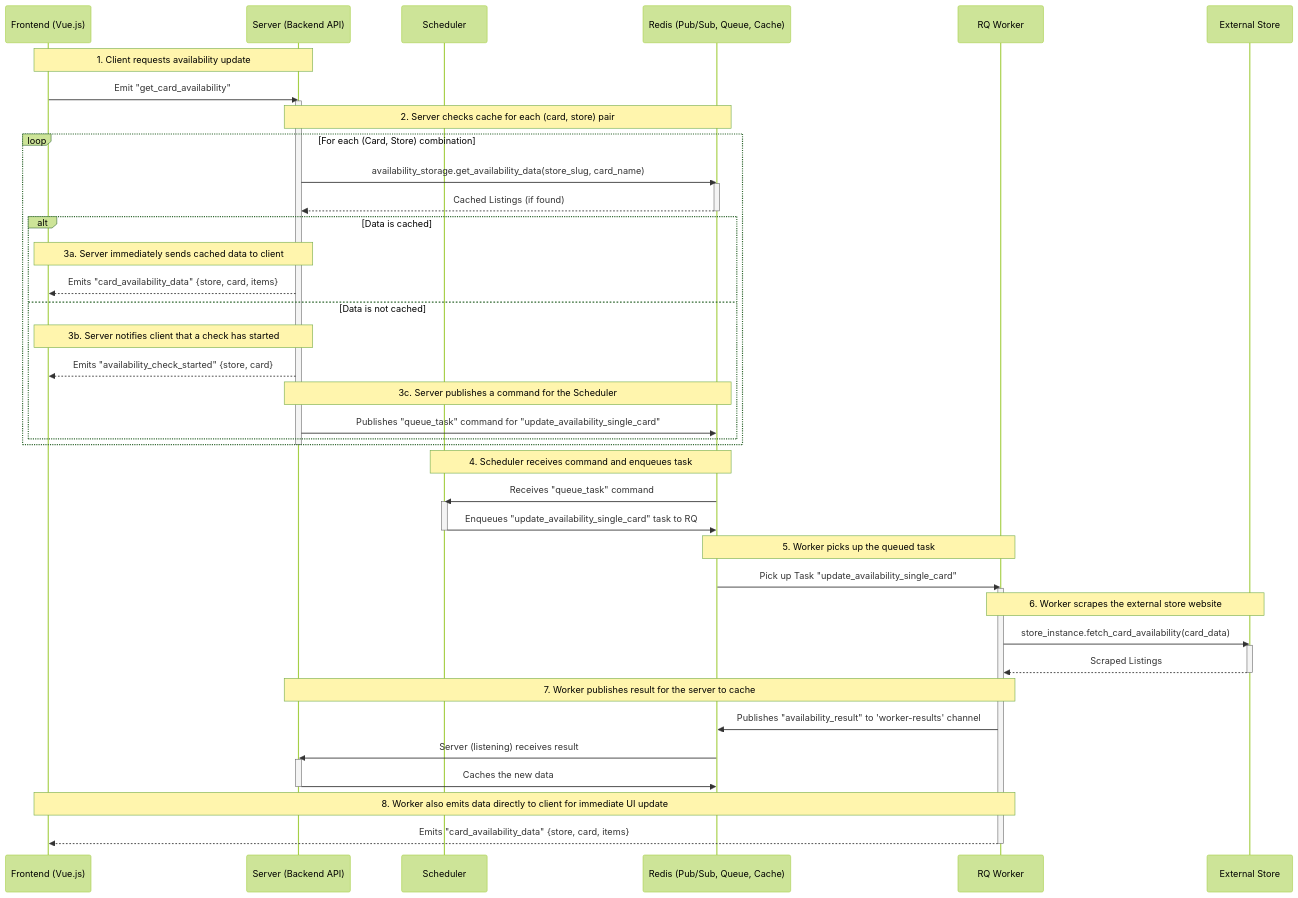
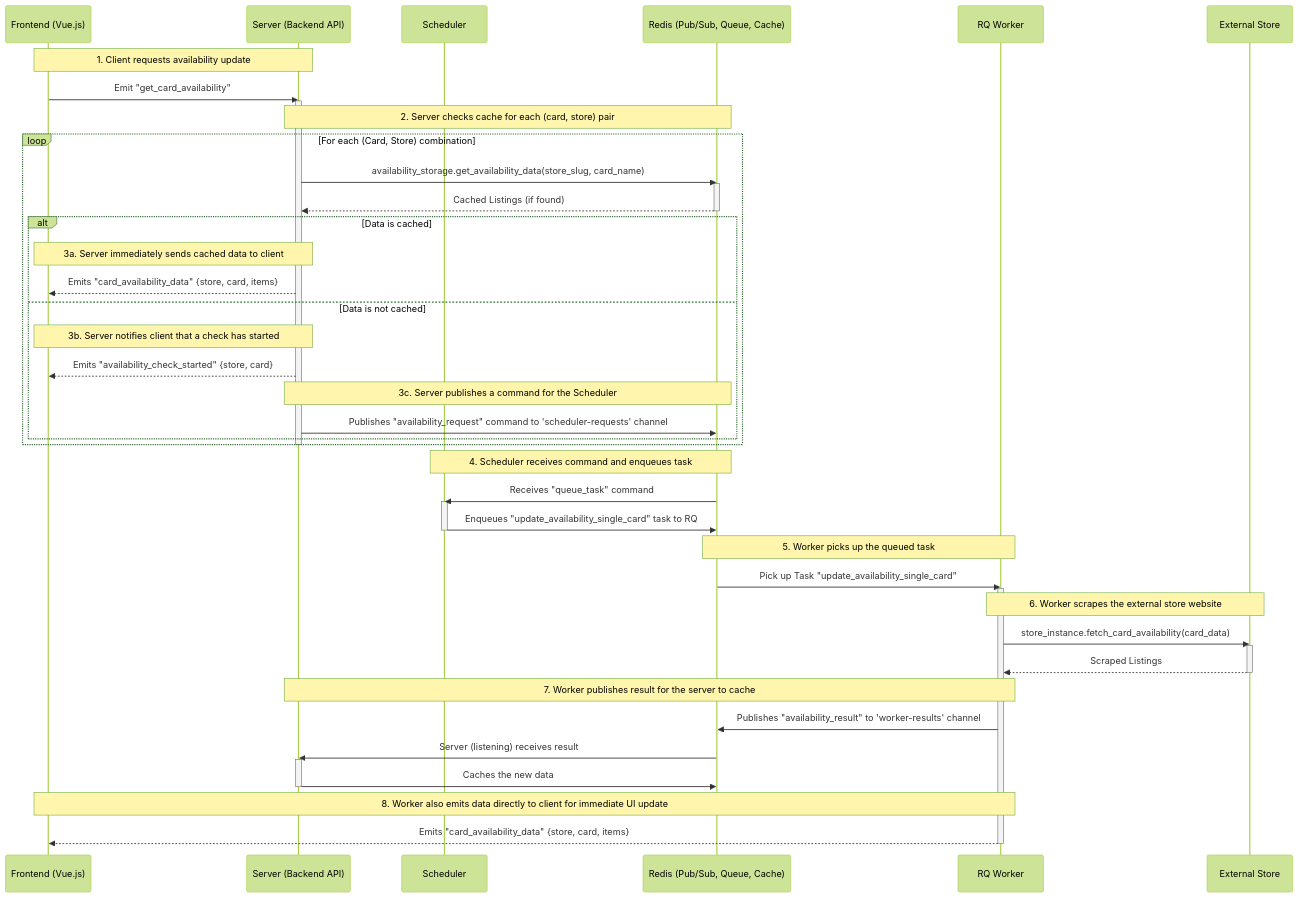
The fourth of 10 diagrams in docs/docs.md (smileyface/LGS-Stock-Checker), drawn with Mermaid (forest theme) before and after one commit.

````diff
--- a/docs/docs.md
+++ b/docs/docs.md
@@ -147,59 +147,59 @@
 ```mermaid
 sequenceDiagram
     participant Client as Frontend (Vue.js)
     participant Server as Server (Backend API)
     participant Scheduler
     participant Redis as Redis (Pub/Sub, Queue, Cache)
     participant Worker as RQ Worker
     participant ExternalStore as External Store
 
     Note over Client, Server: 1. Client requests availability update
     Client->>Server: Emit "get_card_availability"
     activate Server
 
     Note over Server, Redis: 2. Server checks cache for each (card, store) pair
     loop For each (Card, Store) combination
         Server->>Redis: availability_storage.get_availability_data(store_slug, card_name)
         activate Redis
         Redis-->>Server: Cached Listings (if found)
         deactivate Redis
 
         alt Data is cached
             Note over Server, Client: 3a. Server immediately sends cached data to client
             Server-->>Client: Emits "card_availability_data" {store, card, items}
         else Data is not cached
             Note over Server, Client: 3b. Server notifies client that a check has started
             Server-->>Client: Emits "availability_check_started" {store, card}
             Note over Server, Redis: 3c. Server publishes a command for the Scheduler
-            Server->>Redis: Publishes "queue_task" command for "update_availability_single_card"
+            Server->>Redis: Publishes "availability_request" command to 'scheduler-requests' channel
         end
     end
     deactivate Server
 
     Note over Redis, Scheduler: 4. Scheduler receives command and enqueues task
     Redis->>Scheduler: Receives "queue_task" command
     activate Scheduler
     Scheduler->>Redis: Enqueues "update_availability_single_card" task to RQ
     deactivate Scheduler
 
     Note over Redis, Worker: 5. Worker picks up the queued task
     Redis->>Worker: Pick up Task "update_availability_single_card"
     activate Worker
 
     Note over Worker, ExternalStore: 6. Worker scrapes the external store website
     Worker->>ExternalStore: store_instance.fetch_card_availability(card_data)
     activate ExternalStore
     ExternalStore-->>Worker: Scraped Listings
     deactivate ExternalStore
 
     Note over Worker, Server: 7. Worker publishes result for the server to cache
     Worker->>Redis: Publishes "availability_result" to 'worker-results' channel
     Redis->>Server: Server (listening) receives result
     activate Server
     Server->>Redis: Caches the new data
     deactivate Server
 
     Note over Worker, Client: 8. Worker also emits data directly to client for immediate UI update
     Worker-->>Client: Emits "card_availability_data" {store, card, items}
     deactivate Worker
 ```
````
